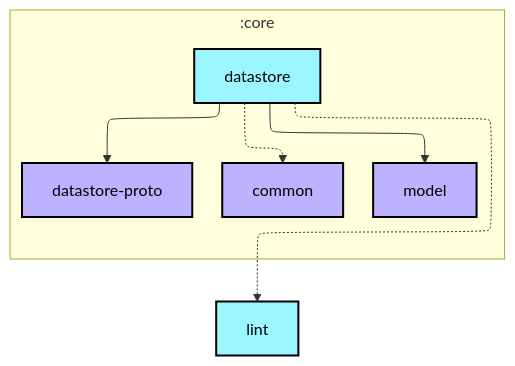
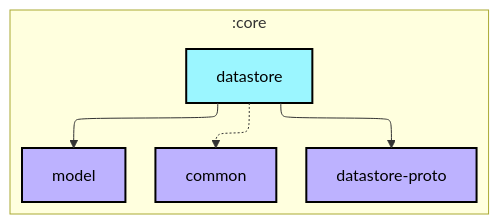
The first of 2 diagrams in core/datastore/README.md (android/nowinandroid), drawn with Mermaid before and after one commit. The commit also changed 30 other files, not shown here.

````diff
--- a/core/datastore/README.md
+++ b/core/datastore/README.md
@@ -6,29 +6,27 @@
 ```mermaid
 ---
 config:
   layout: elk
   elk:
     nodePlacementStrategy: SIMPLE
 ---
 graph TB
   subgraph :core
     direction TB
     :core:common[common]:::jvm-library
     :core:datastore[datastore]:::android-library
     :core:datastore-proto[datastore-proto]:::jvm-library
     :core:model[model]:::jvm-library
   end
-  :lint[lint]:::android-library
 
   :core:datastore -.-> :core:common
   :core:datastore --> :core:datastore-proto
   :core:datastore --> :core:model
-  :core:datastore -.-> :lint
 
 classDef android-application fill:#CAFFBF,stroke:#000,stroke-width:2px,color:#000;
 classDef android-feature fill:#FFD6A5,stroke:#000,stroke-width:2px,color:#000;
 classDef android-library fill:#9BF6FF,stroke:#000,stroke-width:2px,color:#000;
 classDef android-test fill:#A0C4FF,stroke:#000,stroke-width:2px,color:#000;
 classDef jvm-library fill:#BDB2FF,stroke:#000,stroke-width:2px,color:#000;
 classDef unknown fill:#FFADAD,stroke:#000,stroke-width:2px,color:#000;
 ```
````
